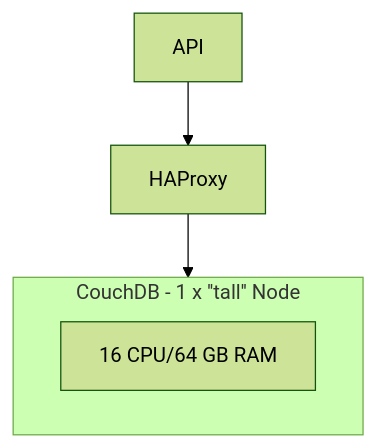
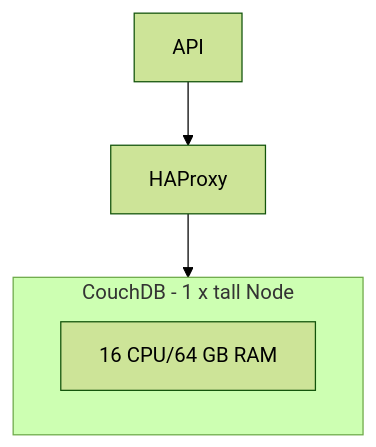
The second of 3 diagrams in content/en/hosting/vertical-vs-horizontal.md (medic/cht-docs), drawn with Mermaid (forest theme) before and after one commit. The commit also changed other lines of this file, not shown here.

Commit message:
fix scalability mermaid chart word wrap

````diff
--- a/content/en/hosting/vertical-vs-horizontal.md
+++ b/content/en/hosting/vertical-vs-horizontal.md
@@ -40,9 +41,9 @@
 ```mermaid
 flowchart TD
 
-subgraph couch2[" CouchDB - 1 x ''tall'' Node "]
+subgraph couch2[" CouchDB - 1 x tall Node "]
     couchInner2["16 CPU/64 GB RAM"]
 end
 
 API["API"] --> HAProxy -->  couch2
 ```
````
